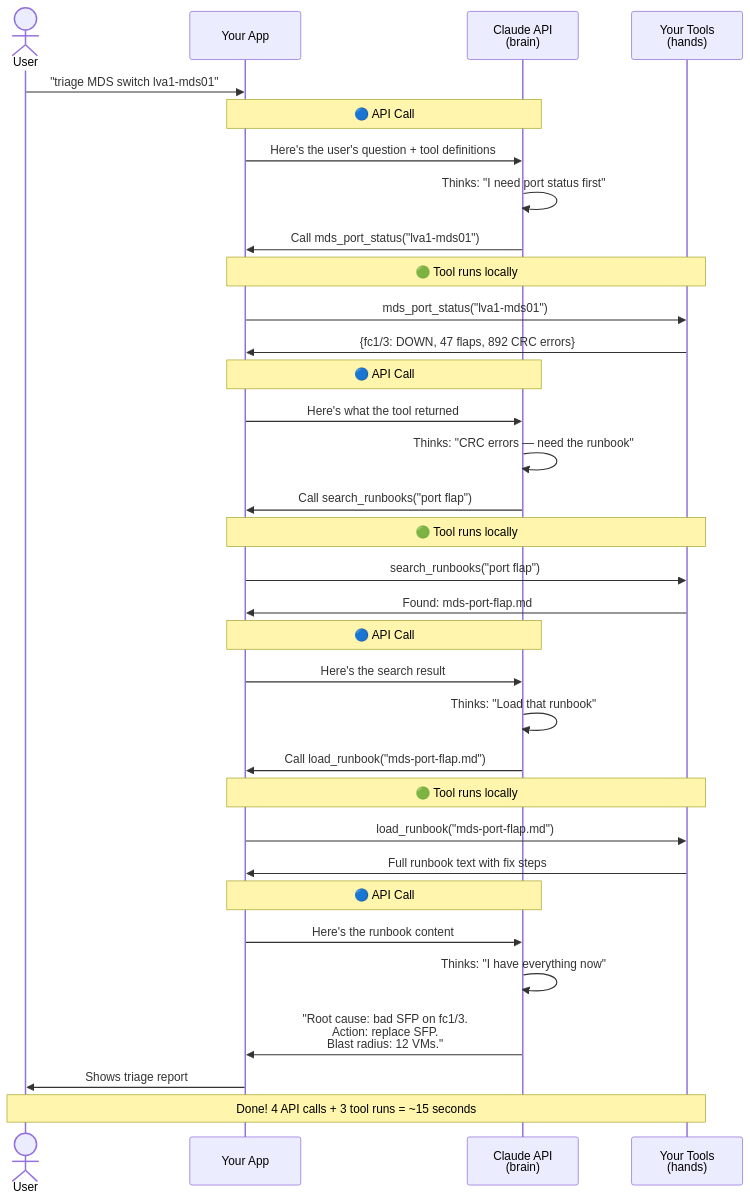
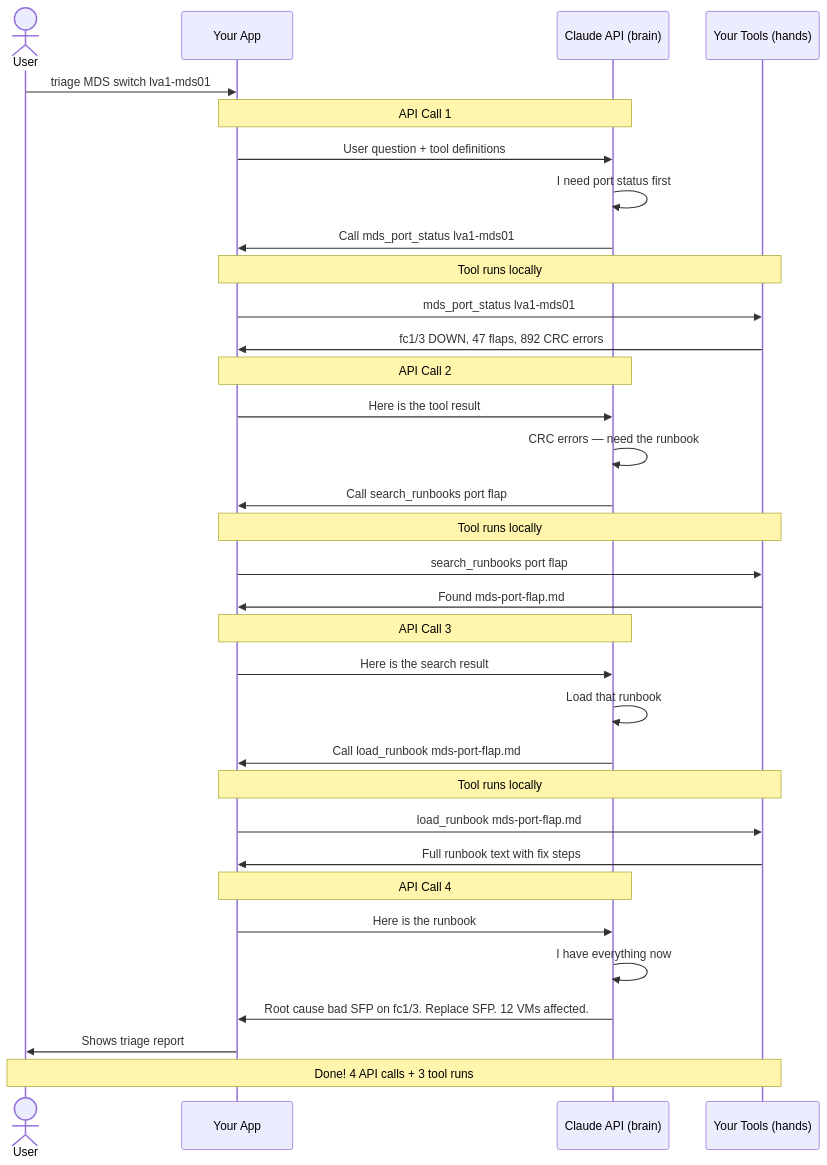
One commit to arjuntony/storage-oncall-agent-blueprint changed the third of 9 diagrams in STORY.md. Above: the diagram before and after it, drawn with Mermaid. The commit also changed other lines of this file, not shown here.

First line of the commit message:
Fix Mermaid diagrams for GitHub rendering

````diff
--- a/STORY.md
+++ b/STORY.md
@@ -79,45 +79,45 @@
 ```mermaid
 sequenceDiagram
     actor User
     participant App as Your App
-    participant Claude as Claude API<br/>(brain)
-    participant Tools as Your Tools<br/>(hands)
+    participant Claude as Claude API (brain)
+    participant Tools as Your Tools (hands)
 
-    User->>App: "triage MDS switch lva1-mds01"
-    
-    Note over App,Claude: 🔵 API Call #1
-    App->>Claude: Here's the user's question + tool definitions
-    Claude->>Claude: Thinks: "I need port status first"
-    Claude->>App: Call mds_port_status("lva1-mds01")
-    
-    Note over App,Tools: 🟢 Tool runs locally
-    App->>Tools: mds_port_status("lva1-mds01")
-    Tools->>App: {fc1/3: DOWN, 47 flaps, 892 CRC errors}
+    User->>App: triage MDS switch lva1-mds01
 
-    Note over App,Claude: 🔵 API Call #2
-    App->>Claude: Here's what the tool returned
-    Claude->>Claude: Thinks: "CRC errors — need the runbook"
-    Claude->>App: Call search_runbooks("port flap")
+    Note over App,Claude: API Call 1
+    App->>Claude: User question + tool definitions
+    Claude->>Claude: I need port status first
+    Claude->>App: Call mds_port_status lva1-mds01
 
-    Note over App,Tools: 🟢 Tool runs locally
-    App->>Tools: search_runbooks("port flap")
-    Tools->>App: Found: mds-port-flap.md
+    Note over App,Tools: Tool runs locally
+    App->>Tools: mds_port_status lva1-mds01
+    Tools->>App: fc1/3 DOWN, 47 flaps, 892 CRC errors
 
-    Note over App,Claude: 🔵 API Call #3
-    App->>Claude: Here's the search result
-    Claude->>Claude: Thinks: "Load that runbook"
-    Claude->>App: Call load_runbook("mds-port-flap.md")
+    Note over App,Claude: API Call 2
+    App->>Claude: Here is the tool result
+    Claude->>Claude: CRC errors — need the runbook
+    Claude->>App: Call search_runbooks port flap
 
-    Note over App,Tools: 🟢 Tool runs locally
-    App->>Tools: load_runbook("mds-port-flap.md")
+    Note over App,Tools: Tool runs locally
+    App->>Tools: search_runbooks port flap
+    Tools->>App: Found mds-port-flap.md
+
+    Note over App,Claude: API Call 3
+    App->>Claude: Here is the search result
+    Claude->>Claude: Load that runbook
+    Claude->>App: Call load_runbook mds-port-flap.md
+
+    Note over App,Tools: Tool runs locally
+    App->>Tools: load_runbook mds-port-flap.md
     Tools->>App: Full runbook text with fix steps
 
-    Note over App,Claude: 🔵 API Call #4
-    App->>Claude: Here's the runbook content
-    Claude->>Claude: Thinks: "I have everything now"
-    Claude->>App: "Root cause: bad SFP on fc1/3.<br/>Action: replace SFP.<br/>Blast radius: 12 VMs."
-    
+    Note over App,Claude: API Call 4
+    App->>Claude: Here is the runbook
+    Claude->>Claude: I have everything now
+    Claude->>App: Root cause bad SFP on fc1/3. Replace SFP. 12 VMs affected.
+
     App->>User: Shows triage report
-    
-    Note over User,Tools: Done! 4 API calls + 3 tool runs = ~15 seconds
+
+    Note over User,Tools: Done! 4 API calls + 3 tool runs
 ```
````
